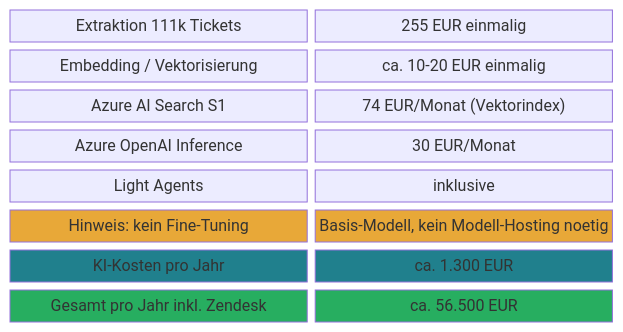
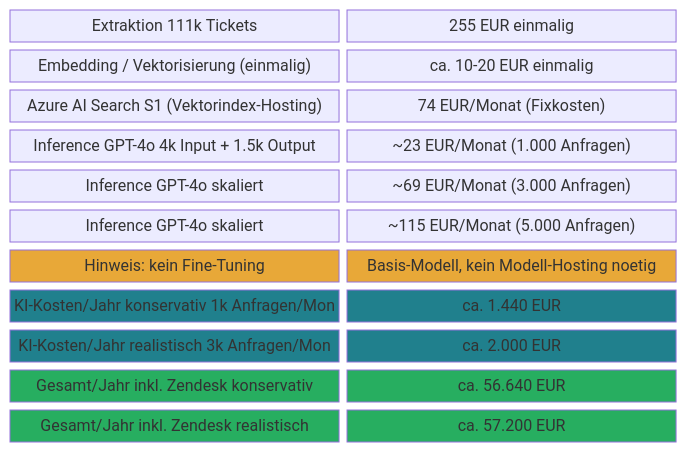
The eighth of 16 diagrams in readme.md (tekknix/zendesk-ai), drawn with Mermaid before and after one commit. The commit also changed other lines of this file, not shown here.

````diff
--- a/readme.md
+++ b/readme.md
@@ -253,19 +255,26 @@
 ```mermaid
 block-beta
     columns 2
     A["Extraktion 111k Tickets"]:1 B["255 EUR einmalig"]:1
-    C["Embedding / Vektorisierung"]:1 D["ca. 10-20 EUR einmalig"]:1
-    E["Azure AI Search S1"]:1 F["74 EUR/Monat (Vektorindex)"]:1
-    G["Azure OpenAI Inference"]:1 H["30 EUR/Monat"]:1
-    I["Light Agents"]:1 J["inklusive"]:1
-    K["Hinweis: kein Fine-Tuning"]:1 L["Basis-Modell, kein Modell-Hosting noetig"]:1
-    M["KI-Kosten pro Jahr"]:1 N["ca. 1.300 EUR"]:1
-    O["Gesamt pro Jahr inkl. Zendesk"]:1 P["ca. 56.500 EUR"]:1
+    C["Embedding / Vektorisierung (einmalig)"]:1 D["ca. 10-20 EUR einmalig"]:1
+    E["Azure AI Search S1 (Vektorindex-Hosting)"]:1 F["74 EUR/Monat (Fixkosten)"]:1
+    G["Inference GPT-4o 4k Input + 1.5k Output"]:1 H["~23 EUR/Monat (1.000 Anfragen)"]:1
+    I["Inference GPT-4o skaliert"]:1 J["~69 EUR/Monat (3.000 Anfragen)"]:1
+    K["Inference GPT-4o skaliert"]:1 L["~115 EUR/Monat (5.000 Anfragen)"]:1
+    M["Hinweis: kein Fine-Tuning"]:1 N["Basis-Modell, kein Modell-Hosting noetig"]:1
+    O["KI-Kosten/Jahr konservativ 1k Anfragen/Mon"]:1 P["ca. 1.440 EUR"]:1
+    Q["KI-Kosten/Jahr realistisch 3k Anfragen/Mon"]:1 R["ca. 2.000 EUR"]:1
+    S["Gesamt/Jahr inkl. Zendesk konservativ"]:1 T["ca. 56.640 EUR"]:1
+    U["Gesamt/Jahr inkl. Zendesk realistisch"]:1 V["ca. 57.200 EUR"]:1
 
-    style M fill:#20808D,color:#fff
-    style N fill:#20808D,color:#fff
-    style O fill:#27AE60,color:#fff
-    style P fill:#27AE60,color:#fff
-    style K fill:#E8A838,color:#333
-    style L fill:#E8A838,color:#333
+    style O fill:#20808D,color:#fff
+    style P fill:#20808D,color:#fff
+    style Q fill:#20808D,color:#fff
+    style R fill:#20808D,color:#fff
+    style S fill:#27AE60,color:#fff
+    style T fill:#27AE60,color:#fff
+    style U fill:#27AE60,color:#fff
+    style V fill:#27AE60,color:#fff
+    style M fill:#E8A838,color:#333
+    style N fill:#E8A838,color:#333
 ```
````
